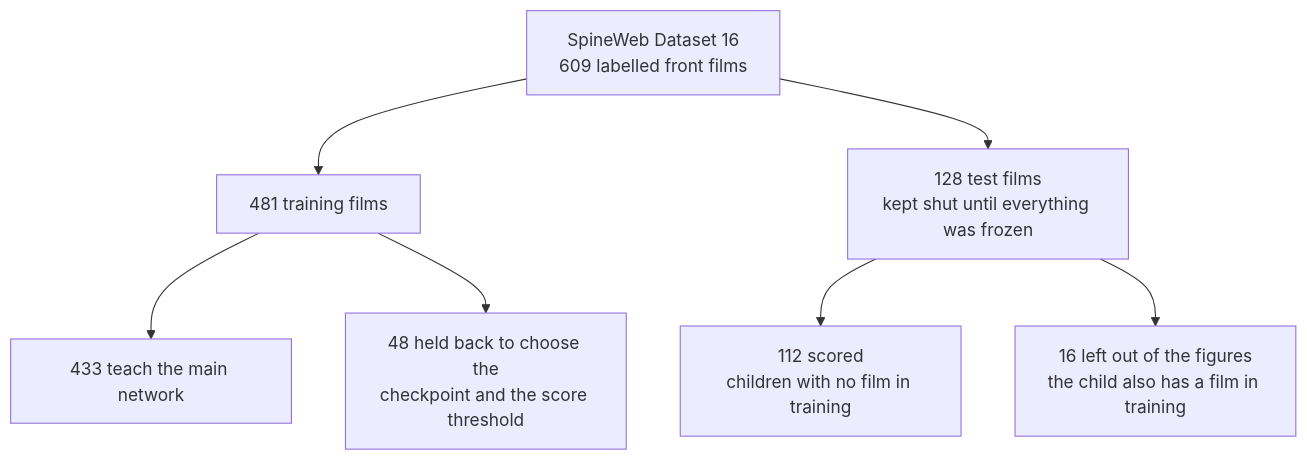
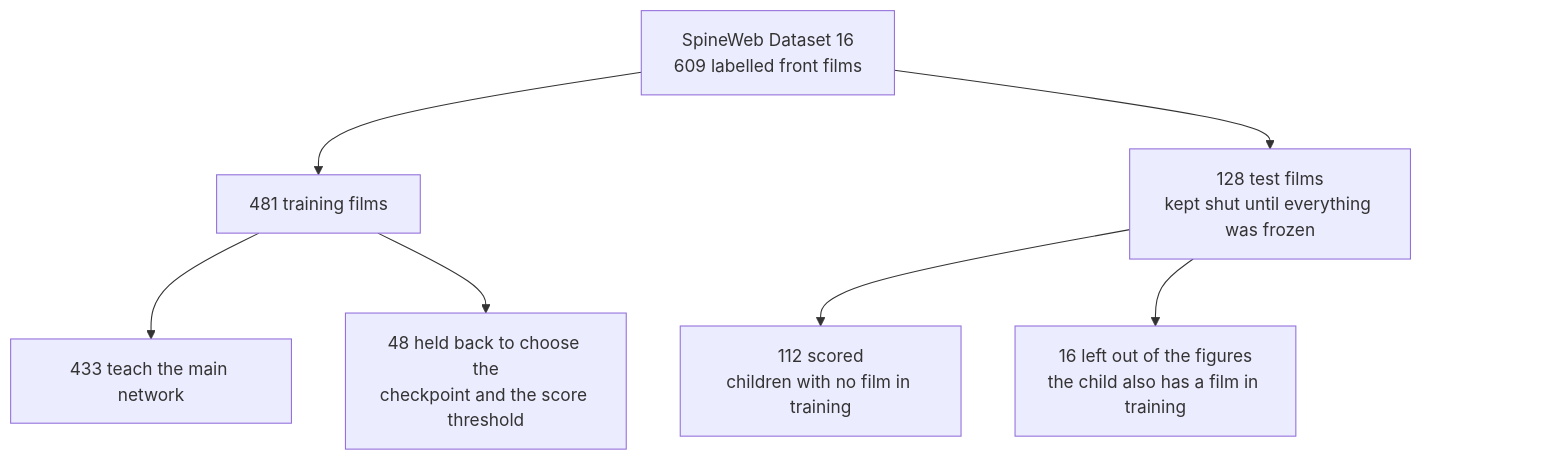
One commit to bulletchicken/spine-workbench changed the third of 5 diagrams in README.md. Above: the diagram before and after it, drawn with Mermaid. The commit also changed other lines of this file, not shown here.

First line of the commit message:
docs: keep two diagrams clear of GitHub's zoom buttons

````diff
--- a/README.md
+++ b/README.md
@@ -107,9 +110,14 @@
 ```mermaid
 flowchart TD
     D["SpineWeb Dataset 16<br/>609 labelled front films"] --> T["481 training films"]
     D --> X["128 test films<br/>kept shut until everything was frozen"]
     T --> M["433 teach the main network"]
     T --> H["48 held back to choose the<br/>checkpoint and the score threshold"]
     X --> S["112 scored<br/>children with no film in training"]
     X --> O["16 left out of the figures<br/>the child also has a film in training"]
+    %% Two empty boxes. They keep the last one clear of GitHub's zoom buttons.
+    X ~~~ gap1["&nbsp;"]
+    X ~~~ gap2["&nbsp;"]
+    classDef unseen fill:none,stroke:none
+    class gap1,gap2 unseen
 ```
````
